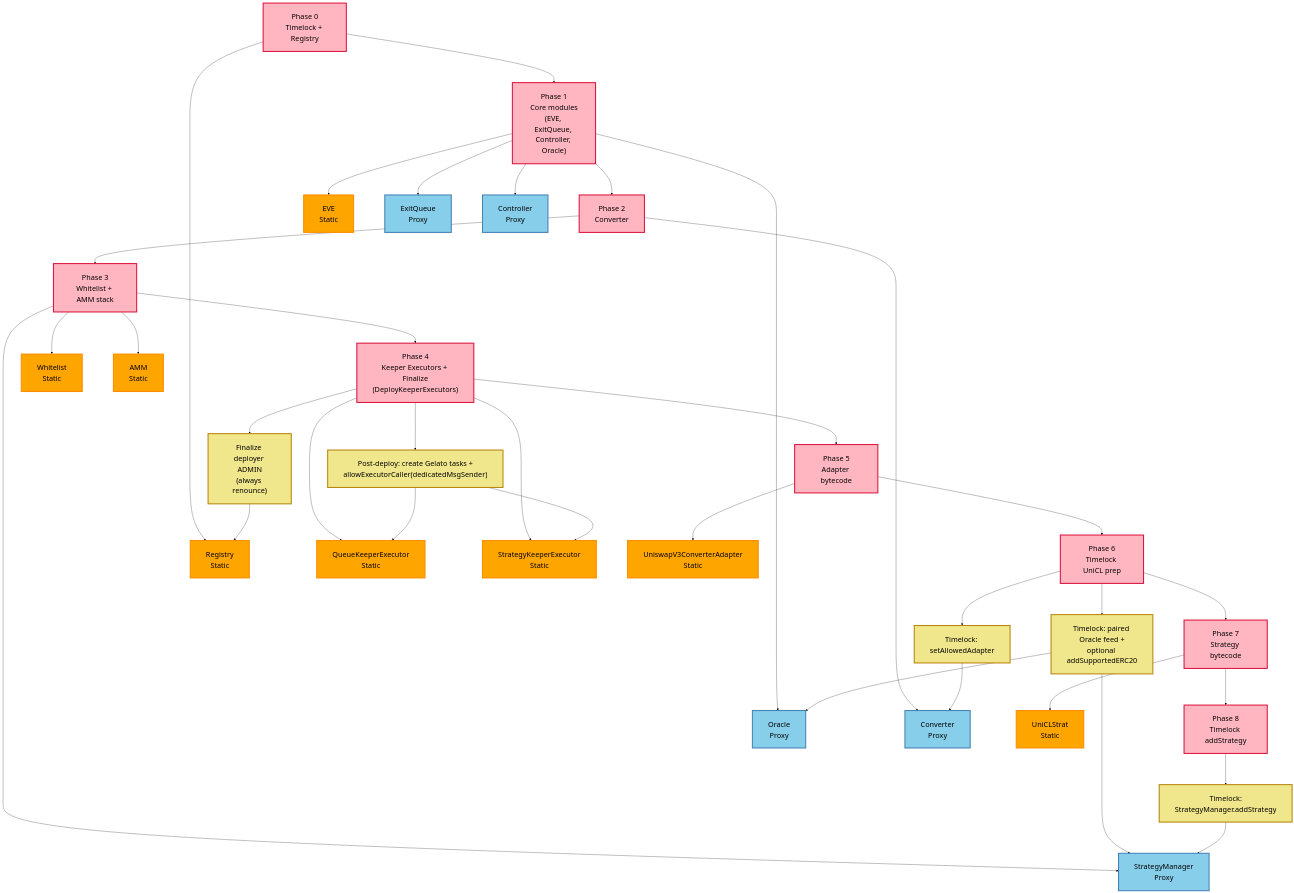
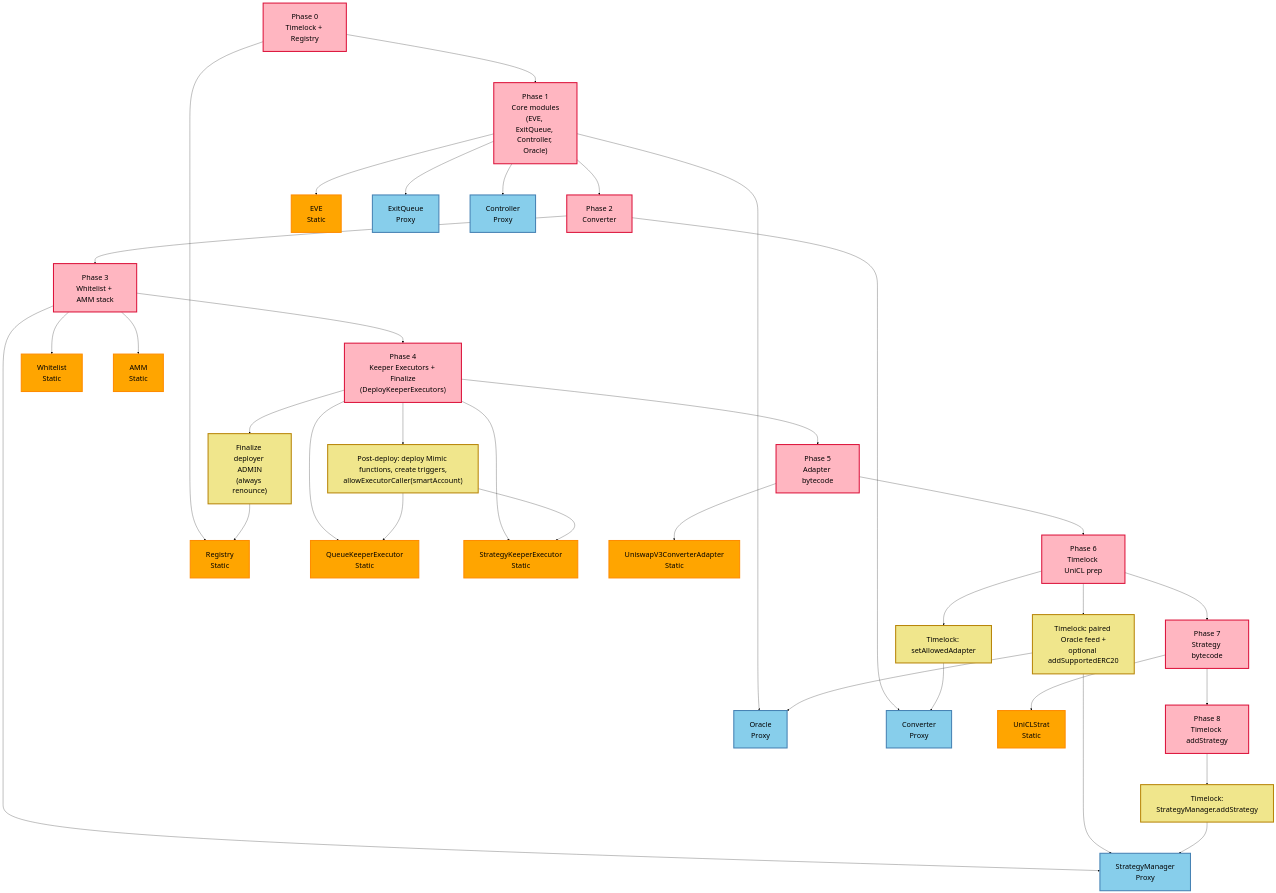
The diagram in mermaid/deployment-architecture.md (everstrat-xyz/contracts), drawn with Mermaid before and after one commit. The commit also changed other lines of this file and 18 other files, not shown here.

First line of the commit message:
Migrate keeper executors from Gelato to Mimic

````diff
--- a/mermaid/deployment-architecture.md
+++ b/mermaid/deployment-architecture.md
@@ -5,78 +5,78 @@
 ```mermaid
 %%{init: {'theme':'base', 'themeVariables': { 'fontSize': '28px', 'primaryTextColor': '#000000'}, 'flowchart': {'nodeSpacing': 120, 'rankSpacing': 120, 'padding': 30}}}%%
 graph TB
     Phase0["Phase 0<br/>Timelock + Registry"]
     Phase1["Phase 1<br/>Core modules<br/>(EVE, ExitQueue, Controller, Oracle)"]
     Phase2["Phase 2<br/>Converter"]
     Phase3["Phase 3<br/>Whitelist + AMM stack"]
     Phase4["Phase 4<br/>Keeper Executors + Finalize<br/>(DeployKeeperExecutors)"]
     Phase5["Phase 5<br/>Adapter bytecode"]
     Phase6["Phase 6<br/>Timelock UniCL prep"]
     Phase7["Phase 7<br/>Strategy bytecode"]
     Phase8["Phase 8<br/>Timelock addStrategy"]
 
     RegistryStatic["Registry<br/>Static"]
     EVE["EVE<br/>Static"]
     ExitQueueProxy["ExitQueue<br/>Proxy"]
     ControllerProxy["Controller<br/>Proxy"]
     OracleProxy["Oracle<br/>Proxy"]
     ConverterProxy["Converter<br/>Proxy"]
     StrategyManagerProxy["StrategyManager<br/>Proxy"]
     Whitelist["Whitelist<br/>Static"]
     AMM["AMM<br/>Static"]
     QueueKeeper["QueueKeeperExecutor<br/>Static"]
     StrategyKeeper["StrategyKeeperExecutor<br/>Static"]
     Adapter["UniswapV3ConverterAdapter<br/>Static"]
     UniCLStrat["UniCLStrat<br/>Static"]
 
     FinalizeDeployer["Finalize deployer ADMIN<br/>(always renounce)"]
-    BindTasks["Post-deploy: create Gelato tasks +<br/>allowExecutorCaller(dedicatedMsgSender)"]
+    BindTasks["Post-deploy: deploy Mimic functions, create triggers,<br/>allowExecutorCaller(smartAccount)"]
     AllowAdapter["Timelock: setAllowedAdapter"]
     PairedFeed["Timelock: paired Oracle feed +<br/>optional addSupportedERC20"]
     AddStrategy["Timelock:<br/>StrategyManager.addStrategy"]
 
     Phase0 --> RegistryStatic
     Phase0 --> Phase1
     Phase1 --> EVE
     Phase1 --> ExitQueueProxy
     Phase1 --> ControllerProxy
     Phase1 --> OracleProxy
     Phase1 --> Phase2
     Phase2 --> ConverterProxy
     Phase2 --> Phase3
     Phase3 --> Whitelist
     Phase3 --> StrategyManagerProxy
     Phase3 --> AMM
     Phase3 --> Phase4
     Phase4 --> QueueKeeper
     Phase4 --> StrategyKeeper
     Phase4 --> FinalizeDeployer
     Phase4 --> BindTasks
     Phase4 --> Phase5
     Phase5 --> Adapter
     Phase5 --> Phase6
     Phase6 --> AllowAdapter
     Phase6 --> PairedFeed
     Phase6 --> Phase7
     Phase7 --> UniCLStrat
     Phase7 --> Phase8
     Phase8 --> AddStrategy
 
     FinalizeDeployer --> RegistryStatic
     BindTasks --> QueueKeeper
     BindTasks --> StrategyKeeper
     AllowAdapter --> ConverterProxy
     PairedFeed --> OracleProxy
     PairedFeed --> StrategyManagerProxy
     AddStrategy --> StrategyManagerProxy
 
     classDef phase fill:#FFB6C1,stroke:#DC143C,stroke-width:4px
     classDef static fill:#FFA500,stroke:#FF8C00,stroke-width:4px
     classDef proxy fill:#87CEEB,stroke:#4682B4,stroke-width:4px
     classDef setup fill:#F0E68C,stroke:#B8860B,stroke-width:4px
 
     class Phase0,Phase1,Phase2,Phase3,Phase4,Phase5,Phase6,Phase7,Phase8 phase
     class RegistryStatic,EVE,AMM,Whitelist,QueueKeeper,StrategyKeeper,Adapter,UniCLStrat static
     class ExitQueueProxy,ControllerProxy,OracleProxy,ConverterProxy,StrategyManagerProxy proxy
     class FinalizeDeployer,BindTasks,AllowAdapter,PairedFeed,AddStrategy setup
 ```
````
